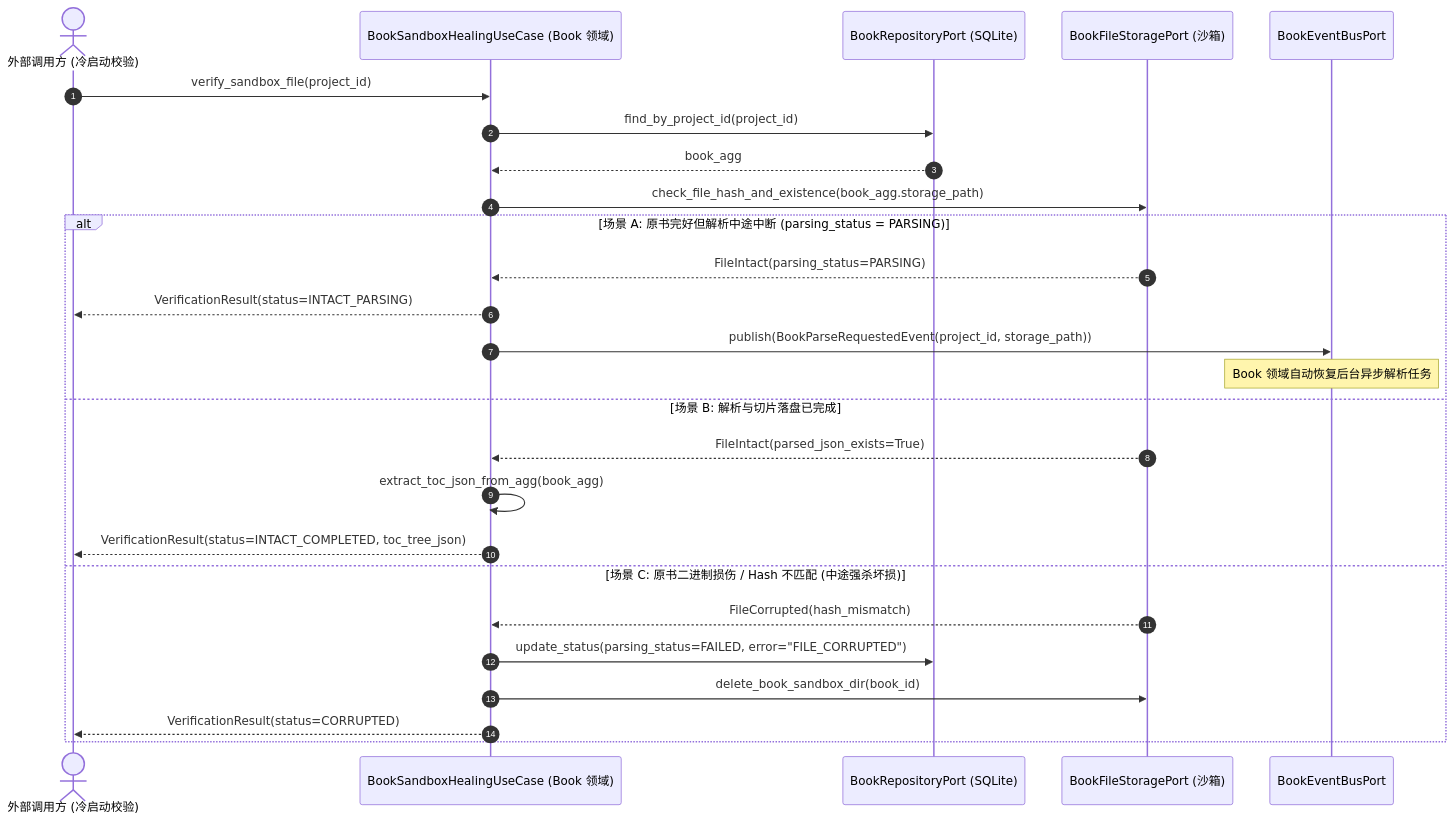
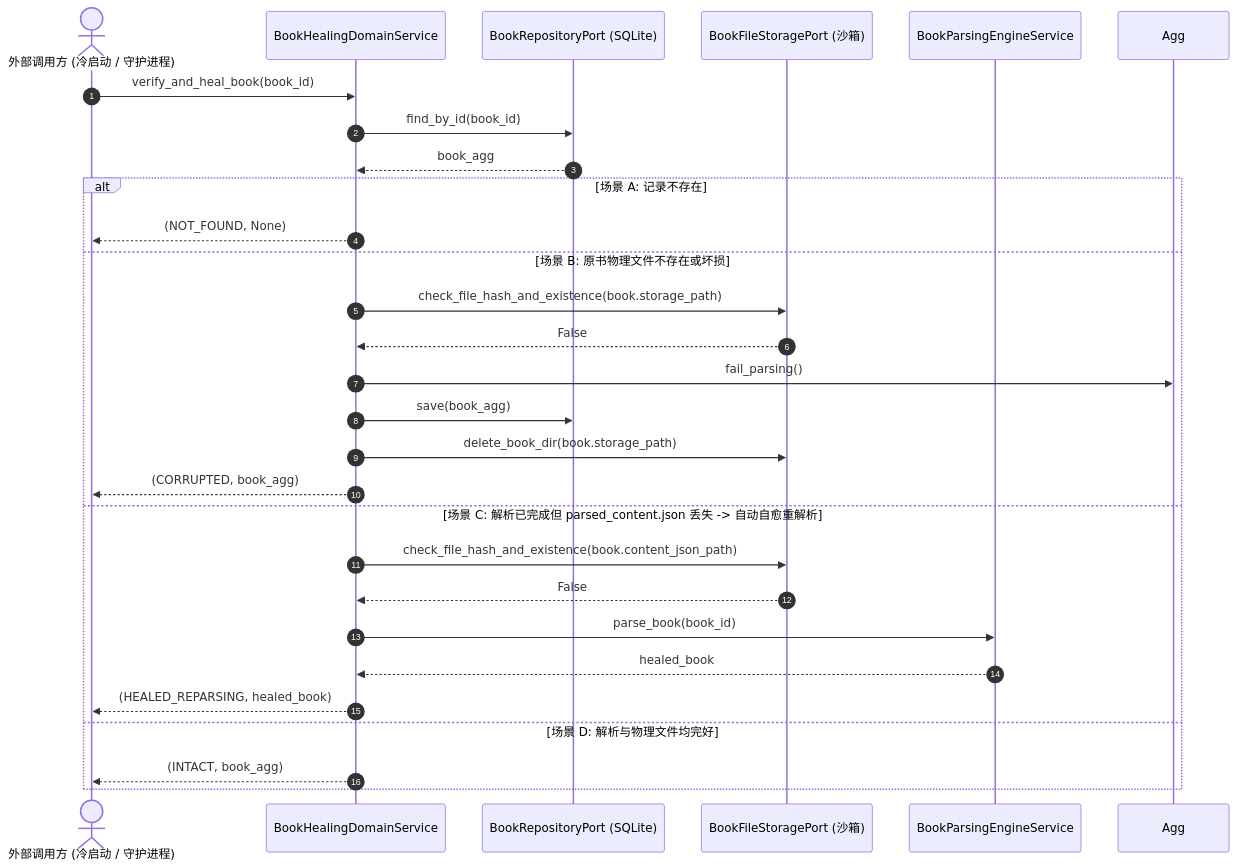
The third of 5 diagrams in docs/10_backend_implementation_plan/book/book_backend_design_spec_v1.0.md (shanglihong/i-have-a-plan), drawn with Mermaid before and after one commit. The commit also changed other lines of this file and 1 other file, not shown here.

Commit message:
docs: update book API and backend design specifications

````diff
--- a/docs/10_backend_implementation_plan/book/book_backend_design_spec_v1.0.md
+++ b/docs/10_backend_implementation_plan/book/book_backend_design_spec_v1.0.md
@@ -176,32 +167,35 @@
 ```mermaid
 sequenceDiagram
     autonumber
-    actor Caller as 外部调用方 (冷启动校验)
-    participant HealingUC as BookSandboxHealingUseCase (Book 领域)
+    actor Caller as 外部调用方 (冷启动 / 守护进程)
+    participant Healing as BookHealingDomainService
     participant Repo as BookRepositoryPort (SQLite)
     participant FileStore as BookFileStoragePort (沙箱)
-    participant EventBus as BookEventBusPort
+    participant Engine as BookParsingEngineService
 
-    Caller->>HealingUC: verify_sandbox_file(project_id)
-    HealingUC->>Repo: find_by_project_id(project_id)
-    Repo-->>HealingUC: book_agg
-    HealingUC->>FileStore: check_file_hash_and_existence(book_agg.storage_path)
+    Caller->>Healing: verify_and_heal_book(book_id)
+    Healing->>Repo: find_by_id(book_id)
+    Repo-->>Healing: book_agg
 
-    alt 场景 A: 原书完好但解析中途中断 (parsing_status = PARSING)
-        FileStore-->>HealingUC: FileIntact(parsing_status=PARSING)
-        HealingUC-->>Caller: VerificationResult(status=INTACT_PARSING)
-        HealingUC->>EventBus: publish(BookParseRequestedEvent(project_id, storage_path))
-        Note over EventBus: Book 领域自动恢复后台异步解析任务
+    alt 场景 A: 记录不存在
+        Healing-->>Caller: (NOT_FOUND, None)
 
-    else 场景 B: 解析与切片落盘已完成
-        FileStore-->>HealingUC: FileIntact(parsed_json_exists=True)
-        HealingUC->>HealingUC: extract_toc_json_from_agg(book_agg)
-        HealingUC-->>Caller: VerificationResult(status=INTACT_COMPLETED, toc_tree_json)
+    else 场景 B: 原书物理文件不存在或坏损
+        Healing->>FileStore: check_file_hash_and_existence(book.storage_path)
+        FileStore-->>Healing: False
+        Healing->>Agg: fail_parsing()
+        Healing->>Repo: save(book_agg)
+        Healing->>FileStore: delete_book_dir(book.storage_path)
+        Healing-->>Caller: (CORRUPTED, book_agg)
 
-    else 场景 C: 原书二进制损伤 / Hash 不匹配 (中途强杀坏损)
-        FileStore-->>HealingUC: FileCorrupted(hash_mismatch)
-        HealingUC->>Repo: update_status(parsing_status=FAILED, error="FILE_CORRUPTED")
-        HealingUC->>FileStore: delete_book_sandbox_dir(book_id)
-        HealingUC-->>Caller: VerificationResult(status=CORRUPTED)
+    else 场景 C: 解析已完成但 parsed_content.json 丢失 -> 自动自愈重解析
+        Healing->>FileStore: check_file_hash_and_existence(book.content_json_path)
+        FileStore-->>Healing: False
+        Healing->>Engine: parse_book(book_id)
+        Engine-->>Healing: healed_book
+        Healing-->>Caller: (HEALED_REPARSING, healed_book)
+
+    else 场景 D: 解析与物理文件均完好
+        Healing-->>Caller: (INTACT, book_agg)
     end
 ```
````
